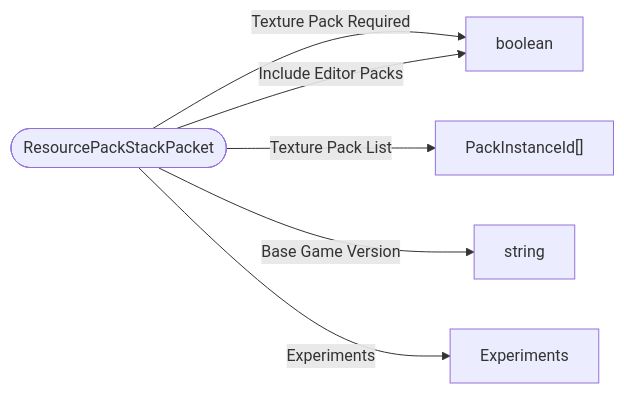
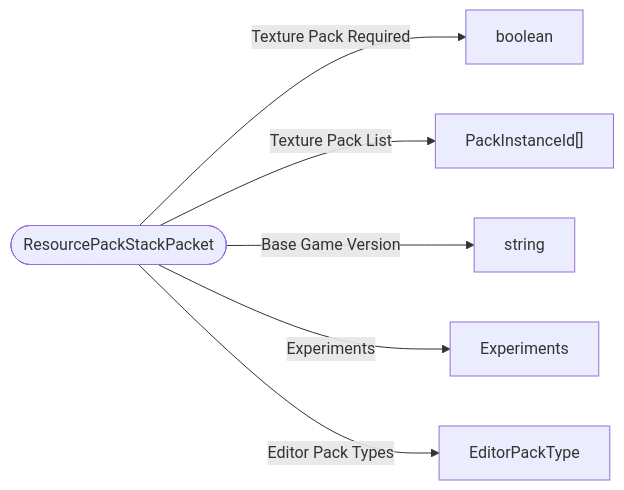
One commit to bedrock-v/protocol-docs changed the diagram in schemas/packets/ResourcePackStackPacket.md. Above: the diagram before and after it, drawn with Mermaid. The commit also changed 6 other files, not shown here.

````diff
--- a/schemas/packets/ResourcePackStackPacket.md
+++ b/schemas/packets/ResourcePackStackPacket.md
@@ -7,9 +7,9 @@
 ```mermaid
 flowchart LR
   ROOT(["ResourcePackStackPacket"])
   ROOT -->|"Texture Pack Required"| boolean["boolean"]
   ROOT -->|"Texture Pack List"| PackInstanceId["PackInstanceId[]"]
   ROOT -->|"Base Game Version"| string["string"]
   ROOT -->|"Experiments"| Experiments["Experiments"]
-  ROOT -->|"Include Editor Packs"| boolean["boolean"]
+  ROOT -->|"Editor Pack Types"| EditorPackType["EditorPackType"]
 ```
````
